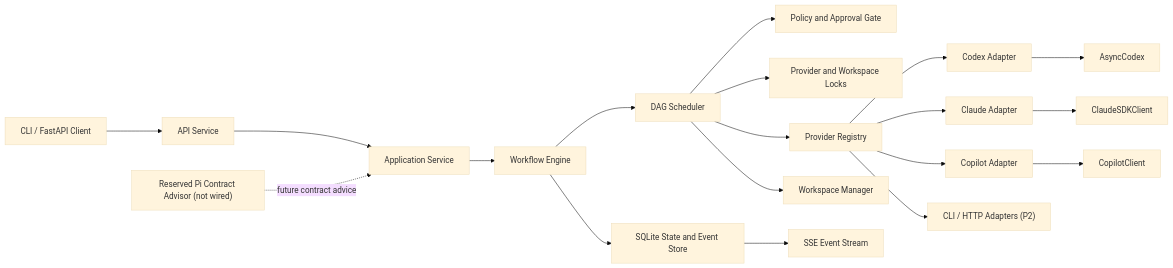
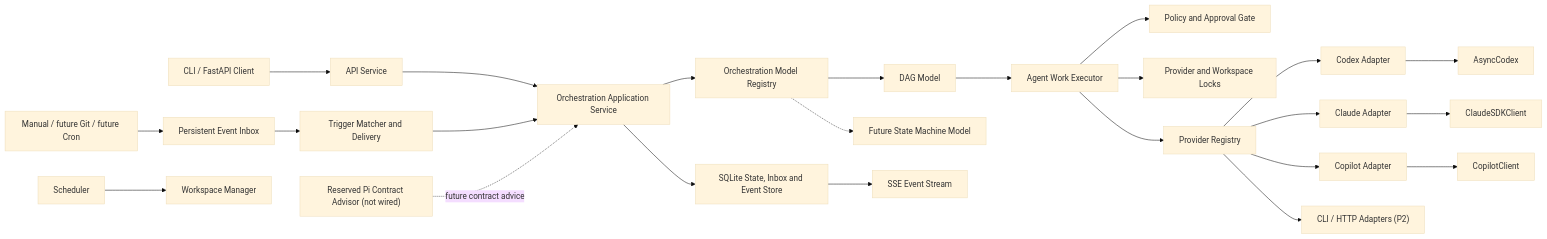
The diagram in multi-agent/README.md (liujianmisaka/AITools), drawn with Mermaid (base theme) before and after one commit. The commit also changed other lines of this file and 28 other files, not shown here.

````diff
--- a/multi-agent/README.md
+++ b/multi-agent/README.md
@@ -77,21 +79,26 @@
 ```mermaid
 flowchart LR
+    Source["Manual / future Git / future Cron"] --> Inbox["Persistent Event Inbox"]
+    Inbox --> Trigger["Trigger Matcher and Delivery"]
     Client["CLI / FastAPI Client"] --> API["API Service"]
-    API --> App["Application Service"]
-    App --> Engine["Workflow Engine"]
-    Engine --> Scheduler["DAG Scheduler"]
-    Scheduler --> Policy["Policy and Approval Gate"]
-    Scheduler --> Locks["Provider and Workspace Locks"]
-    Scheduler --> Registry["Provider Registry"]
+    API --> App["Orchestration Application Service"]
+    Trigger --> App
+    App --> Models["Orchestration Model Registry"]
+    Models --> DAG["DAG Model"]
+    Models -.-> StateMachine["Future State Machine Model"]
+    DAG --> Kernel["Agent Work Executor"]
+    Kernel --> Policy["Policy and Approval Gate"]
+    Kernel --> Locks["Provider and Workspace Locks"]
+    Kernel --> Registry["Provider Registry"]
     Registry --> Codex["Codex Adapter"]
     Registry --> Claude["Claude Adapter"]
     Registry --> Copilot["Copilot Adapter"]
     Registry --> Later["CLI / HTTP Adapters (P2)"]
     Codex --> SDK1["AsyncCodex"]
     Claude --> SDK2["ClaudeSDKClient"]
     Copilot --> SDK3["CopilotClient"]
-    Engine --> Store["SQLite State and Event Store"]
+    App --> Store["SQLite State, Inbox and Event Store"]
     Store --> Stream["SSE Event Stream"]
     Scheduler --> Workspace["Workspace Manager"]
     Pi["Reserved Pi Contract Advisor (not wired)"] -. "future contract advice" .-> App
 ```
````
